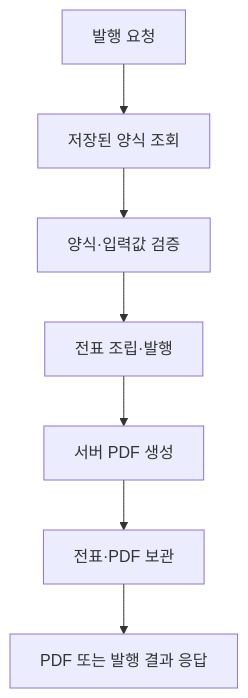
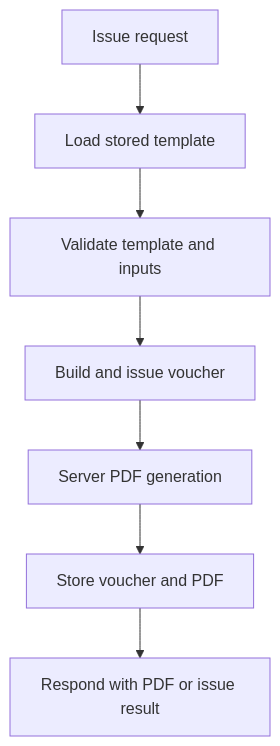
One commit to open-my-dev-com/drawing-report changed the diagram in docs/guide/server-integration.md. Above: the diagram before and after it, drawn with Mermaid. The commit also changed other lines of this file and 52 other files, not shown here.

````diff
--- a/docs/guide/server-integration.md
+++ b/docs/guide/server-integration.md
@@ -28,9 +28,9 @@
 ```mermaid
 flowchart TD
-    Request["발행 요청"] --> Template["저장된 양식 조회"]
-    Template --> Validate["양식·입력값 검증"]
-    Validate --> Voucher["전표 조립·발행"]
-    Voucher --> Render["서버 PDF 생성"]
-    Render --> Store["전표·PDF 보관"]
-    Store --> Response["PDF 또는 발행 결과 응답"]
+    Request["Issue request"] --> Template["Load stored template"]
+    Template --> Validate["Validate template and inputs"]
+    Validate --> Voucher["Build and issue voucher"]
+    Voucher --> Render["Server PDF generation"]
+    Render --> Store["Store voucher and PDF"]
+    Store --> Response["Respond with PDF or issue result"]
 ```
````
